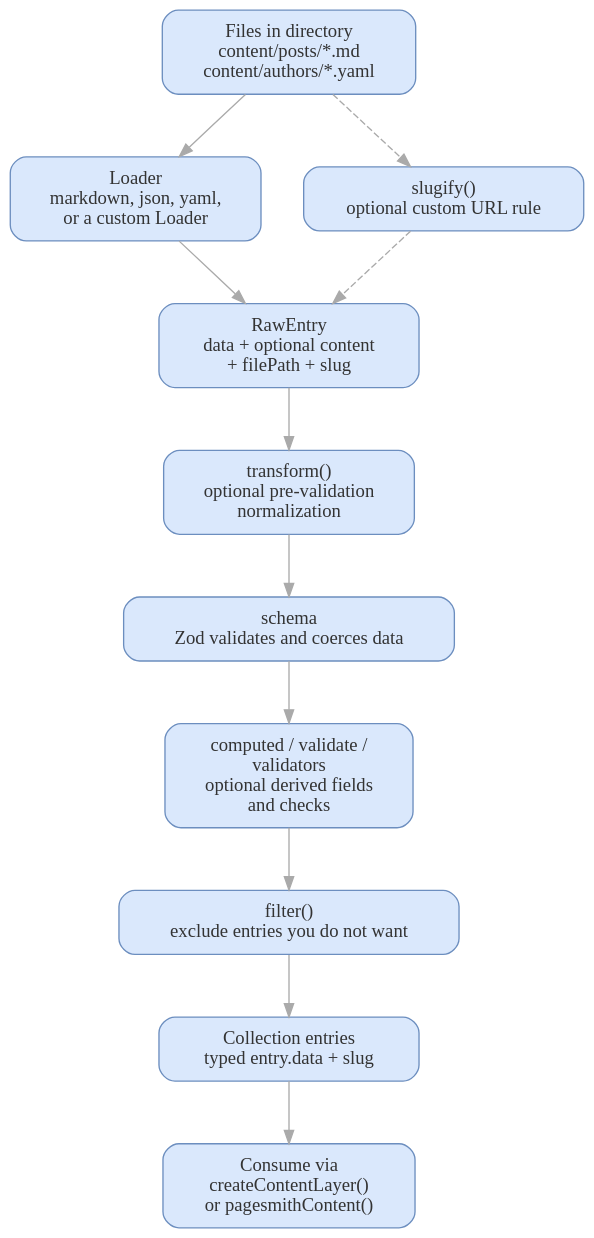
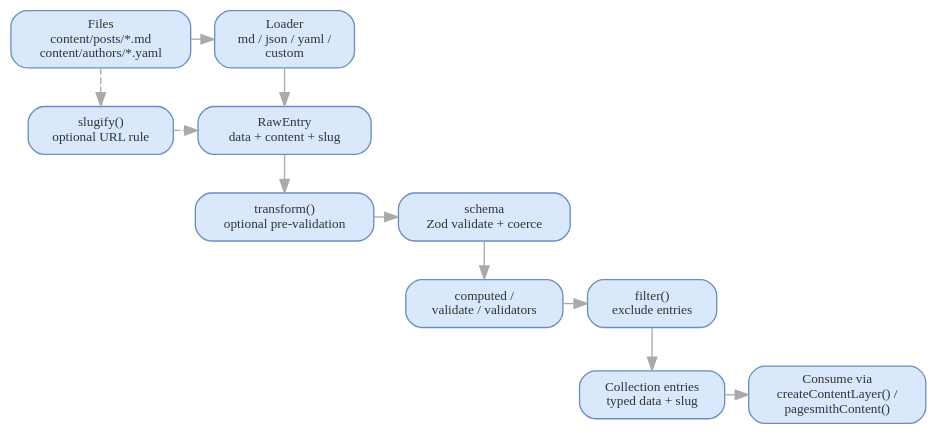
One commit to sujeet-pro/pagesmith changed the diagram in docs/content/guide/collections-and-loaders/diagrams/collection-pipeline.dot. Above: the diagram before and after it, drawn with Graphviz. The commit also changed 128 other files, not shown here.

```diff
--- a/docs/content/guide/collections-and-loaders/diagrams/collection-pipeline.dot
+++ b/docs/content/guide/collections-and-loaders/diagrams/collection-pipeline.dot
@@ -1,23 +1,36 @@
 // Diagram: Collection pipeline
 // Type: graphviz
 digraph CollectionPipeline {
   bgcolor="transparent"
-  graph [rankdir=TB, nodesep=0.45, ranksep=0.65, pad=0.2]
-  node [shape=box, style="rounded,filled", fillcolor="#dae8fc", color="#6c8ebf", fontcolor="#333333", margin="0.18,0.12"]
-  edge [fontsize=10, color="#AAAAAA", fontcolor="#333333"]
+  graph [rankdir=TB, nodesep=0.25, ranksep=0.4, pad=0.1, fontsize=10]
+  node [shape=box, style="rounded,filled", fillcolor="#dae8fc", color="#6c8ebf", fontcolor="#333333", fontsize=10, margin="0.12,0.07"]
+  edge [fontsize=9, color="#AAAAAA", fontcolor="#333333"]
 
-  files [label="Files in directory\ncontent/posts/*.md\ncontent/authors/*.yaml"]
-  loader [label="Loader\nmarkdown, json, yaml,\nor a custom Loader"]
-  raw [label="RawEntry\ndata + optional content\n+ filePath + slug"]
-  transform [label="transform()\noptional pre-validation\nnormalization"]
-  schema [label="schema\nZod validates and coerces data"]
-  derived [label="computed / validate /\nvalidators\noptional derived fields\nand checks"]
-  filter [label="filter()\nexclude entries you do not want"]
-  entries [label="Collection entries\ntyped entry.data + slug"]
-  consume [label="Consume via\ncreateContentLayer()\nor pagesmithContent()"]
-  slugify [label="slugify()\noptional custom URL rule"]
+  files [label="Files\ncontent/posts/*.md\ncontent/authors/*.yaml"]
+  loader [label="Loader\nmd / json / yaml /\ncustom"]
 
-  files -> loader -> raw -> transform -> schema -> derived -> filter -> entries -> consume
+  raw [label="RawEntry\ndata + content + slug"]
+  slugify [label="slugify()\noptional URL rule"]
+
+  transform [label="transform()\noptional pre-validation"]
+  schema [label="schema\nZod validate + coerce"]
+
+  derived [label="computed /\nvalidate / validators"]
+  filter [label="filter()\nexclude entries"]
+
+  entries [label="Collection entries\ntyped data + slug"]
+  consume [label="Consume via\ncreateContentLayer() /\npagesmithContent()"]
+
+  { rank=same; files; loader }
+  { rank=same; raw; slugify }
+  { rank=same; transform; schema }
+  { rank=same; derived; filter }
+  { rank=same; entries; consume }
+
+  files -> loader -> raw
+  raw -> transform -> schema -> derived
+  derived -> filter -> entries -> consume
+
   files -> slugify [style=dashed]
   slugify -> raw [style=dashed]
 }
```
